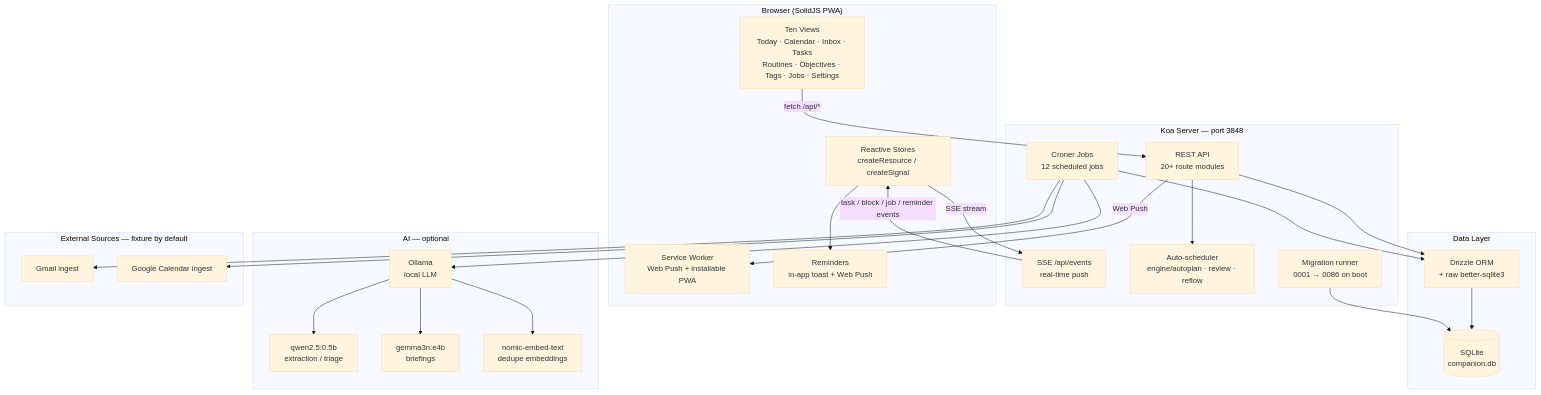
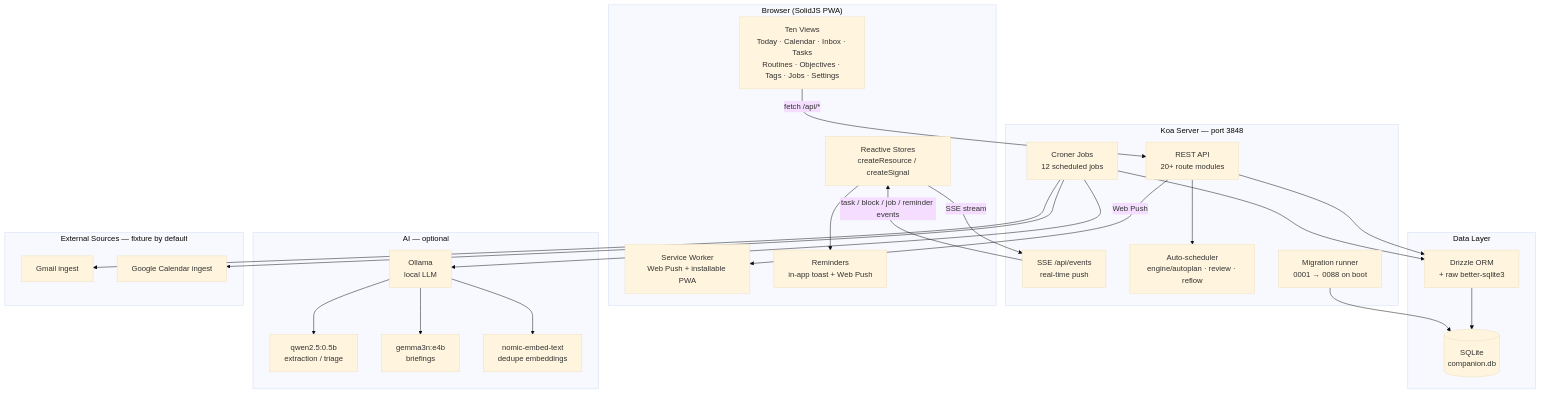
One commit to companionintelligence/CI-Planning changed the diagram in README.md. Above: the diagram before and after it, drawn with Mermaid (base theme). The commit also changed other lines of this file and 2 other files, not shown here.

First line of the commit message:
docs: reflect FOCUS card, objective sync, and migration head 0088

````diff
--- a/README.md
+++ b/README.md
@@ -30,51 +30,51 @@
 ```mermaid
 graph TB
     subgraph Browser["Browser (SolidJS PWA)"]
         UI[Ten Views<br/>Today · Calendar · Inbox · Tasks<br/>Routines · Objectives · Tags · Jobs · Settings]
         Store[Reactive Stores<br/>createResource / createSignal]
         SW[Service Worker<br/>Web Push + installable PWA]
         BN[Reminders<br/>in-app toast + Web Push]
     end
 
     subgraph Server["Koa Server — port 3848"]
         API[REST API<br/>20+ route modules]
         SSE[SSE /api/events<br/>real-time push]
         Engine[Auto-scheduler<br/>engine/autoplan · review · reflow]
         Cron[Croner Jobs<br/>12 scheduled jobs]
-        Migrate[Migration runner<br/>0001 → 0086 on boot]
+        Migrate[Migration runner<br/>0001 → 0088 on boot]
     end
 
     subgraph Data["Data Layer"]
         DB[(SQLite<br/>companion.db)]
         Drizzle[Drizzle ORM<br/>+ raw better-sqlite3]
     end
 
     subgraph AI["AI — optional"]
         Ollama[Ollama<br/>local LLM]
         Small["qwen2.5:0.5b<br/>extraction / triage"]
         Medium["gemma3n:e4b<br/>briefings"]
         Embed["nomic-embed-text<br/>dedupe embeddings"]
     end
 
     subgraph Sources["External Sources — fixture by default"]
         Gmail[Gmail ingest]
         GCal[Google Calendar ingest]
     end
 
     UI -->|"fetch /api/*"| API
     Store -->|SSE stream| SSE
     API --> Engine
     API --> Drizzle
     Cron --> Drizzle
     Cron --> Ollama
     Cron --> Gmail
     Cron --> GCal
     Drizzle --> DB
     Migrate --> DB
     Ollama --> Small
     Ollama --> Medium
     Ollama --> Embed
     SSE -->|task / block / job / reminder events| Store
     Store --> BN
     API -->|Web Push| SW
 ```
````
